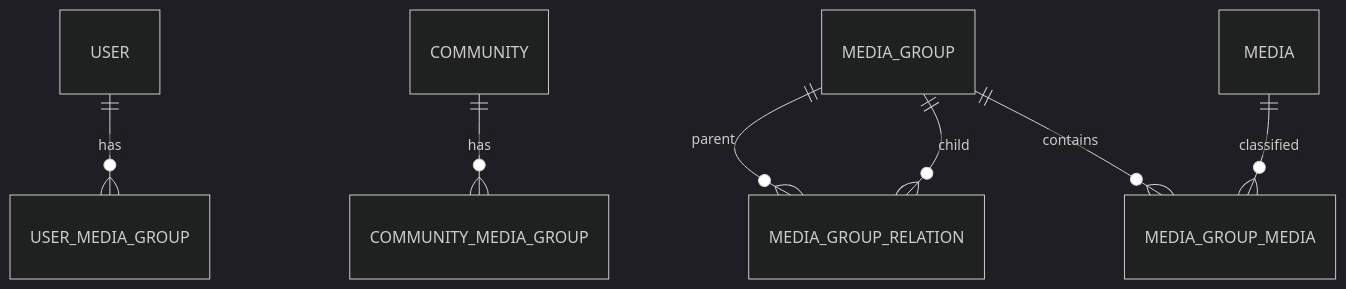
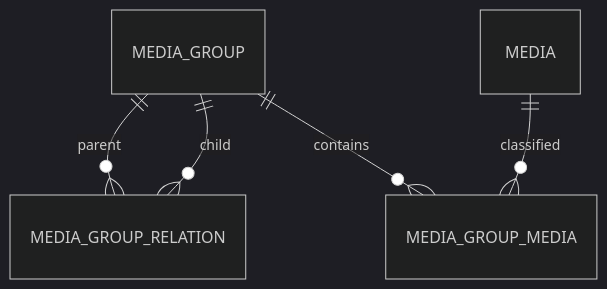
The second of 2 diagrams in pages/media/data-model.mdx (hazuki3417/memoria-design), drawn with Mermaid (dark theme) before and after one commit. The commit also changed other lines of this file and 58 other files, not shown here.

````diff
--- a/pages/media/data-model.mdx
+++ b/pages/media/data-model.mdx
@@ -75,9 +42,7 @@
 ```mermaid
 erDiagram
-    USER ||--o{ USER_MEDIA_GROUP : has
-    COMMUNITY ||--o{ COMMUNITY_MEDIA_GROUP : has
-    MEDIA_GROUP ||--o{ MEDIA_GROUP_RELATION : parent
-    MEDIA_GROUP ||--o{ MEDIA_GROUP_RELATION : child
-    MEDIA_GROUP ||--o{ MEDIA_GROUP_MEDIA : contains
-    MEDIA ||--o{ MEDIA_GROUP_MEDIA : classified
+  MEDIA_GROUP ||--o{ MEDIA_GROUP_RELATION : parent
+  MEDIA_GROUP ||--o{ MEDIA_GROUP_RELATION : child
+  MEDIA_GROUP ||--o{ MEDIA_GROUP_MEDIA : contains
+  MEDIA ||--o{ MEDIA_GROUP_MEDIA : classified
 ```
````
